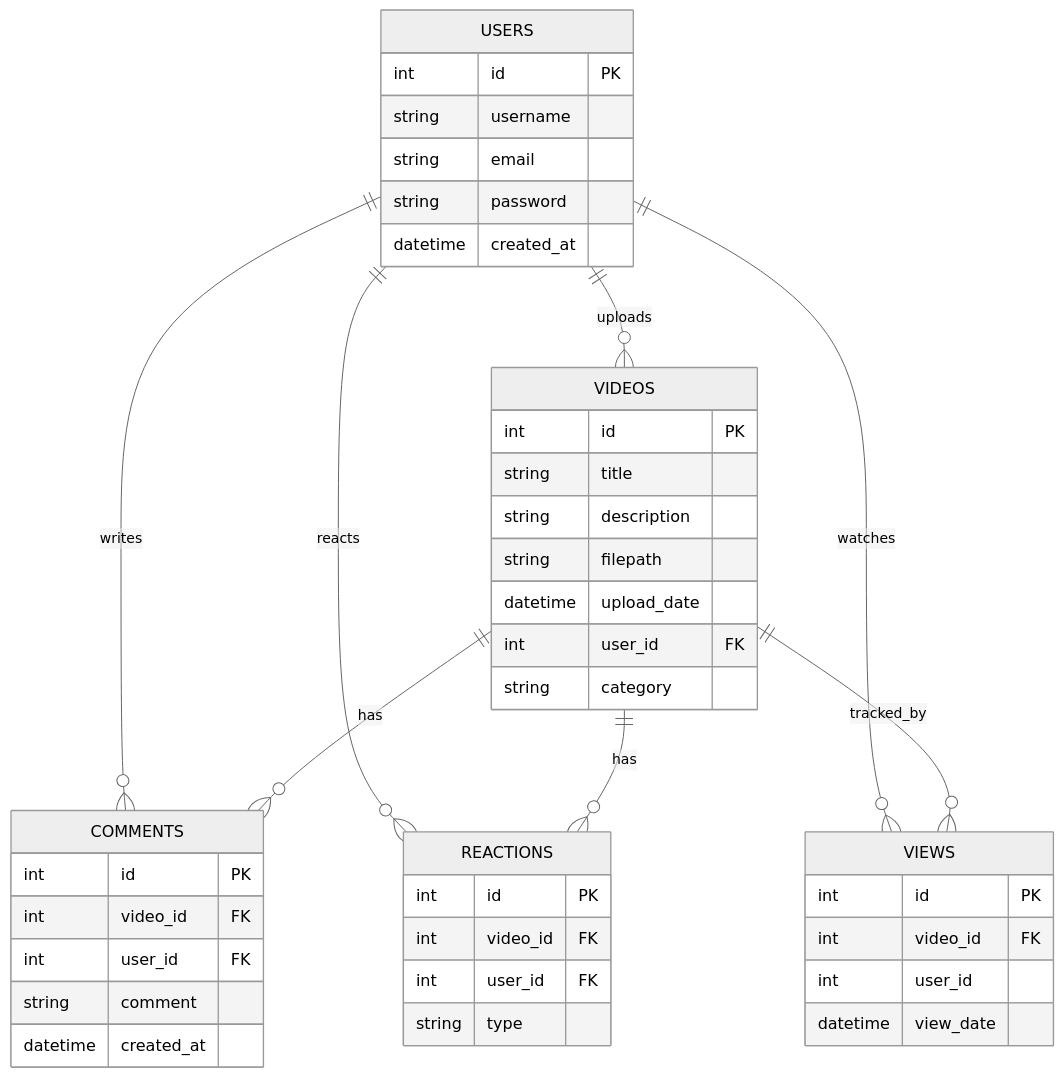
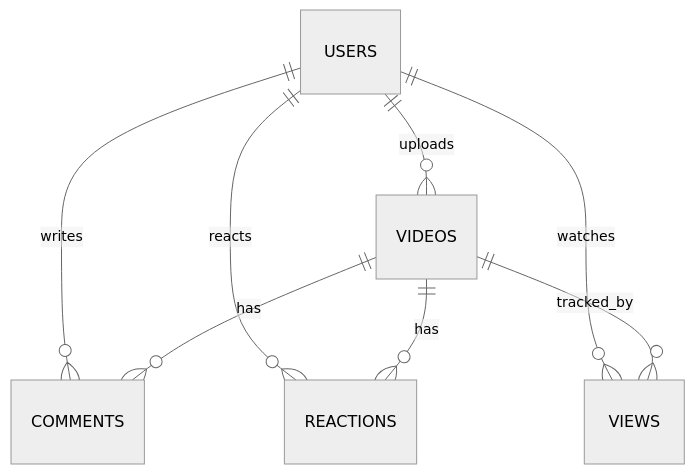
Before and after one commit to Tedivog/MyStreamingSite: the second of 2 diagrams in README.md, drawn with Mermaid (neutral theme). The commit also changed other lines of this file and 1 other file, not shown here.

````diff
--- a/README.md
+++ b/README.md
@@ -94,51 +150,17 @@
 ```mermaid
 erDiagram
-    USERS {
-        int id PK
-        string username
-        string email
-        string password
-        datetime created_at
-    }
-
-    VIDEOS {
-        int id PK
-        string title
-        string description
-        string filepath
-        datetime upload_date
-        int user_id FK
-        string category
-    }
-
-    COMMENTS {
-        int id PK
-        int video_id FK
-        int user_id FK
-        string comment
-        datetime created_at
-    }
-
-    REACTIONS {
-        int id PK
-        int video_id FK
-        int user_id FK
-        string type
-    }
-
-    VIEWS {
-        int id PK
-        int video_id FK
-        int user_id
-        datetime view_date
-    }
+    USERS
+    VIDEOS
+    COMMENTS
+    REACTIONS
+    VIEWS
 
     USERS ||--o{ VIDEOS : uploads
     USERS ||--o{ COMMENTS : writes
     USERS ||--o{ REACTIONS : reacts
     USERS ||--o{ VIEWS : watches
 
     VIDEOS ||--o{ COMMENTS : has
     VIDEOS ||--o{ REACTIONS : has
     VIDEOS ||--o{ VIEWS : tracked_by
 ```
````
